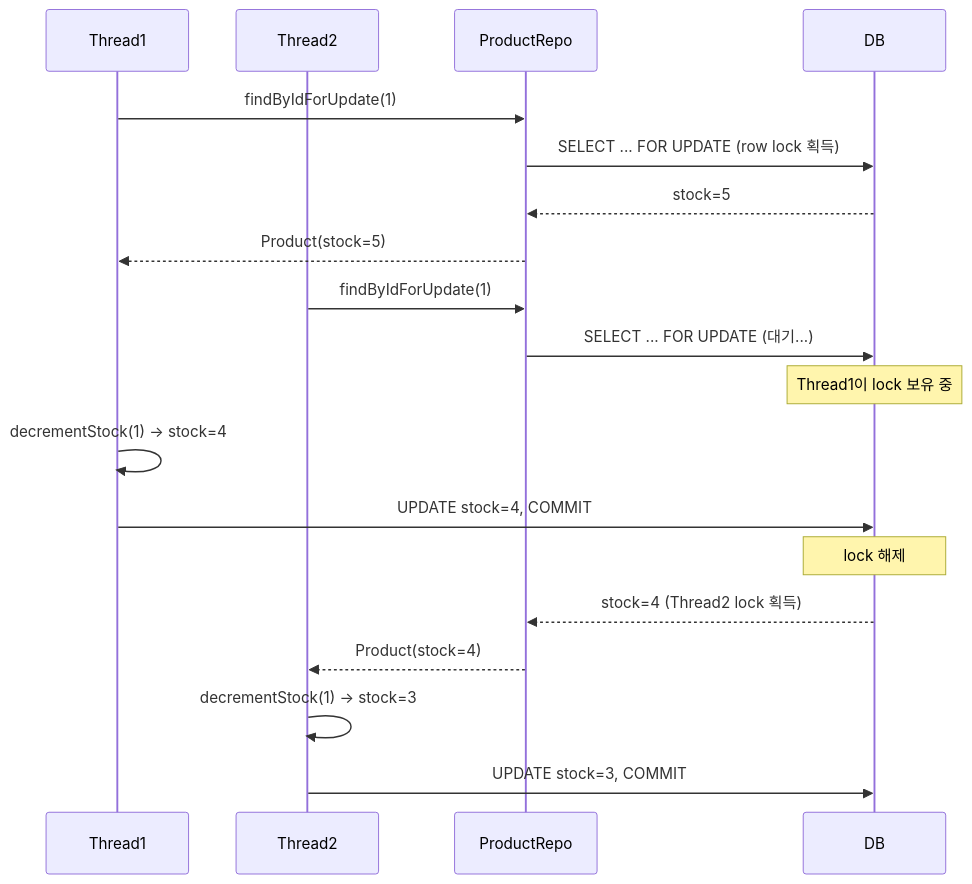
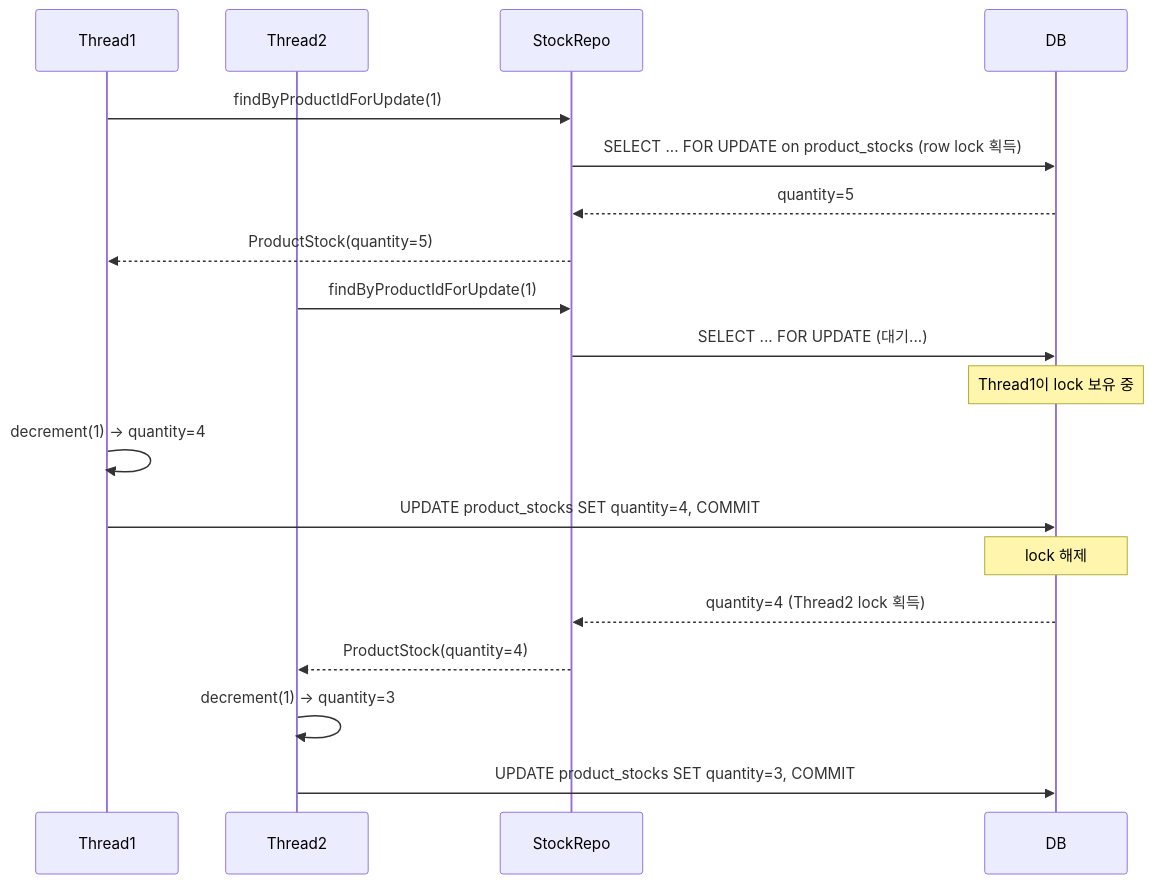
The third of 4 diagrams in week_notes/week-4.md (Loopers-dev-lab/loop-pack-be-l2-vol3-kotlin), drawn with Mermaid before and after one commit. The commit also changed other lines of this file and 1 other file, not shown here.

````diff
--- a/week_notes/week-4.md
+++ b/week_notes/week-4.md
@@ -132,25 +166,25 @@
 ```mermaid
 sequenceDiagram
     participant Thread1
     participant Thread2
-    participant ProductRepo
+    participant StockRepo
     participant DB
 
-    Thread1->>ProductRepo: findByIdForUpdate(1)
-    ProductRepo->>DB: SELECT ... FOR UPDATE (row lock 획득)
-    DB-->>ProductRepo: stock=5
-    ProductRepo-->>Thread1: Product(stock=5)
+    Thread1->>StockRepo: findByProductIdForUpdate(1)
+    StockRepo->>DB: SELECT ... FOR UPDATE on product_stocks (row lock 획득)
+    DB-->>StockRepo: quantity=5
+    StockRepo-->>Thread1: ProductStock(quantity=5)
 
-    Thread2->>ProductRepo: findByIdForUpdate(1)
-    ProductRepo->>DB: SELECT ... FOR UPDATE (대기...)
+    Thread2->>StockRepo: findByProductIdForUpdate(1)
+    StockRepo->>DB: SELECT ... FOR UPDATE (대기...)
     Note over DB: Thread1이 lock 보유 중
 
-    Thread1->>Thread1: decrementStock(1) → stock=4
-    Thread1->>DB: UPDATE stock=4, COMMIT
+    Thread1->>Thread1: decrement(1) → quantity=4
+    Thread1->>DB: UPDATE product_stocks SET quantity=4, COMMIT
     Note over DB: lock 해제
 
-    DB-->>ProductRepo: stock=4 (Thread2 lock 획득)
-    ProductRepo-->>Thread2: Product(stock=4)
-    Thread2->>Thread2: decrementStock(1) → stock=3
-    Thread2->>DB: UPDATE stock=3, COMMIT
+    DB-->>StockRepo: quantity=4 (Thread2 lock 획득)
+    StockRepo-->>Thread2: ProductStock(quantity=4)
+    Thread2->>Thread2: decrement(1) → quantity=3
+    Thread2->>DB: UPDATE product_stocks SET quantity=3, COMMIT
 ```
````
